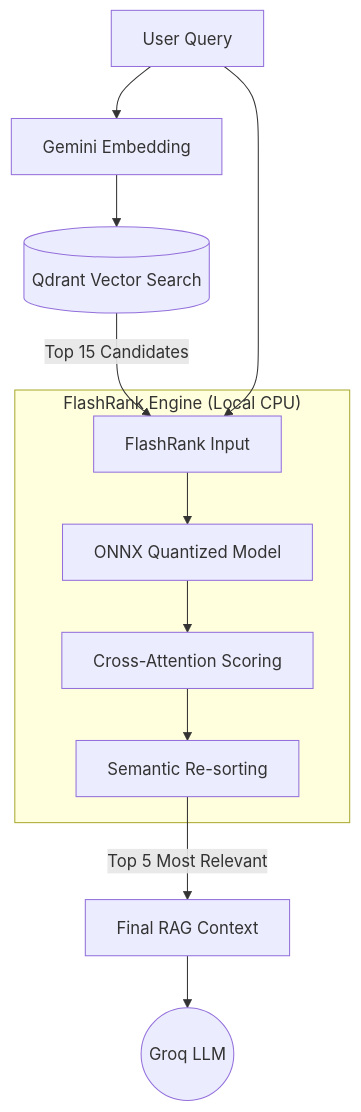
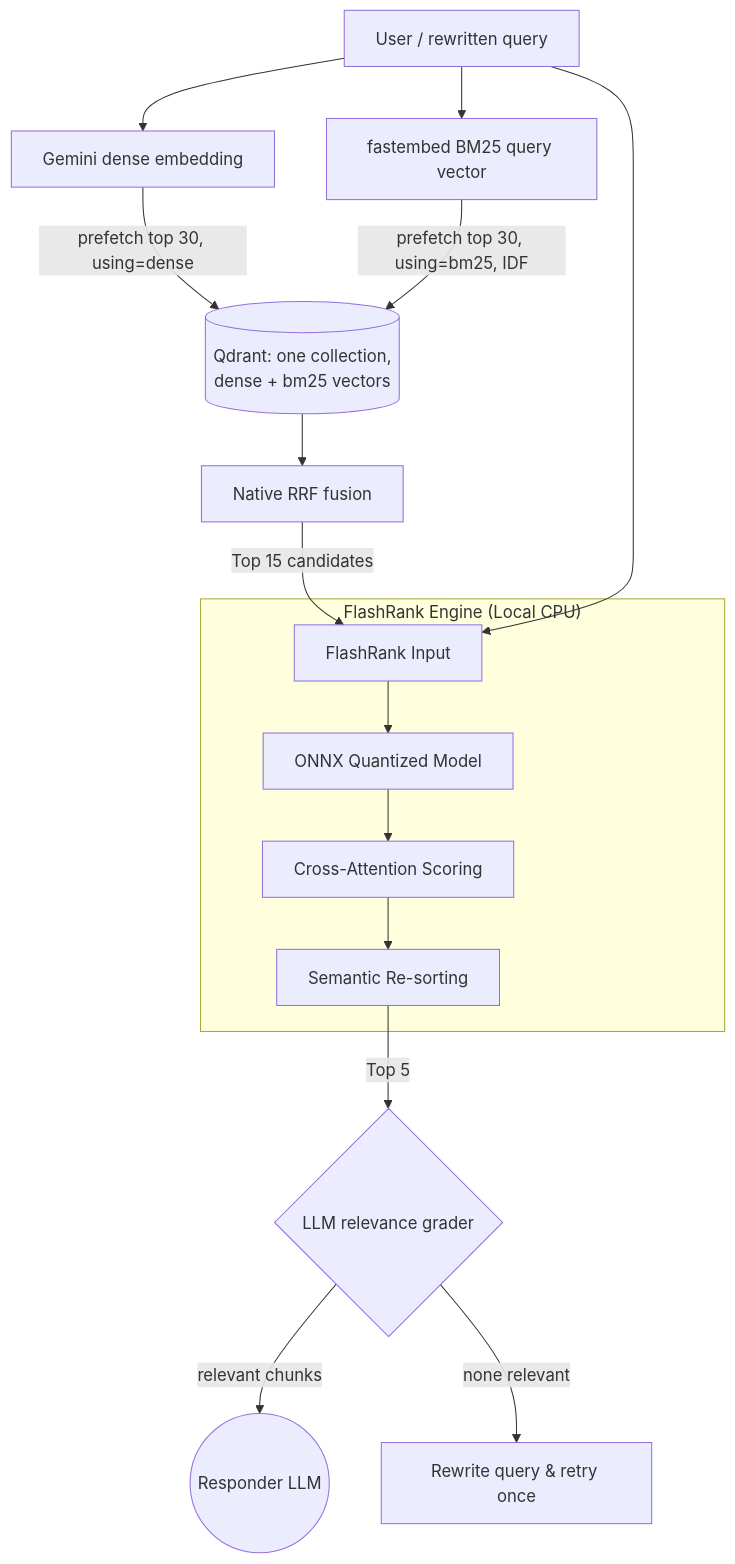
One commit to anilgehlotn/enterprise-agentic-rag changed the diagram in DOCS/07_FLASHRANK_RERANKING.md. Above: the diagram before and after it, drawn with Mermaid. The commit also changed other lines of this file and 33 other files, not shown here.

First line of the commit message:
feat(retrieval): hybrid dense + BM25 search with RRF fusion and retrieval benchmark

````diff
--- a/DOCS/07_FLASHRANK_RERANKING.md
+++ b/DOCS/07_FLASHRANK_RERANKING.md
@@ -27,16 +35,20 @@
 ```mermaid
 graph TD
-    Query[User Query] --> Embed[Gemini Embedding]
-    Embed --> Qdrant[(Qdrant Vector Search)]
-    Qdrant -->|Top 15 Candidates| FR_Input[FlashRank Input]
+    Query[User / rewritten query] --> Embed[Gemini dense embedding]
+    Query --> BM25[fastembed BM25 query vector]
+    Embed -->|prefetch top 30, using=dense| Qdrant[(Qdrant: one collection,<br/>dense + bm25 vectors)]
+    BM25 -->|prefetch top 30, using=bm25, IDF| Qdrant
+    Qdrant --> RRF[Native RRF fusion]
+    RRF -->|Top 15 candidates| FR_Input[FlashRank Input]
     Query --> FR_Input
-    
+
     subgraph "FlashRank Engine (Local CPU)"
         FR_Input --> ONNX[ONNX Quantized Model]
         ONNX --> Scoring[Cross-Attention Scoring]
         Scoring --> Reorder[Semantic Re-sorting]
     end
-    
-    Reorder -->|Top 5 Most Relevant| Final_Context[Final RAG Context]
-    Final_Context --> LLM((Groq LLM))
+
+    Reorder -->|Top 5| Grader{LLM relevance grader}
+    Grader -->|relevant chunks| LLM((Responder LLM))
+    Grader -->|none relevant| Rewrite[Rewrite query & retry once]
 ```
````
